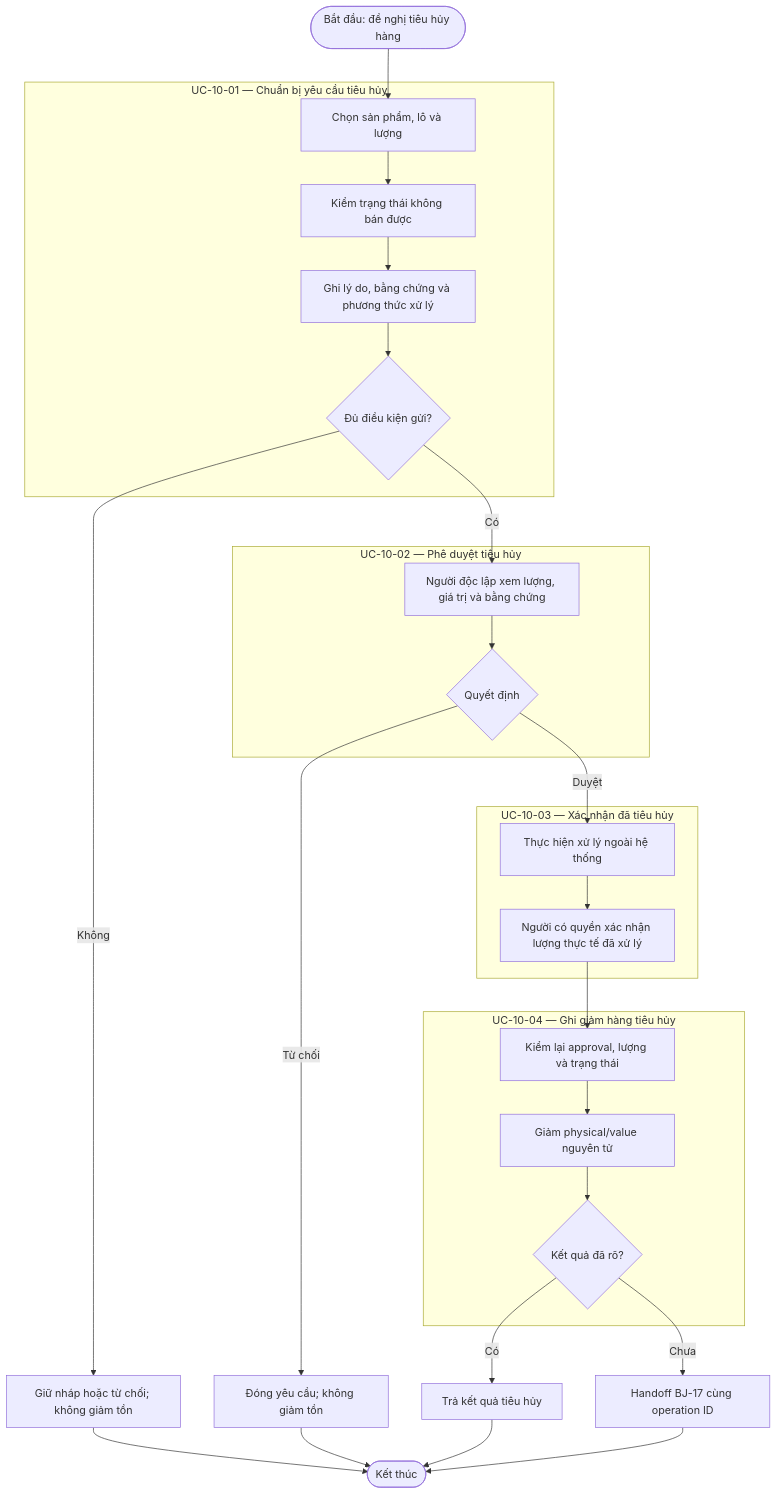
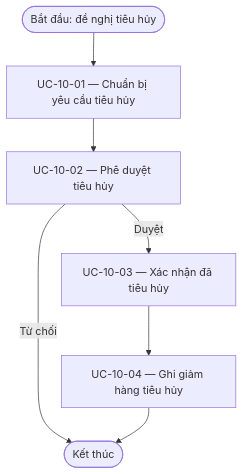
Before and after one commit to DsChien102/erp-sales-inventory: the diagram in specs/themes/theme-07/02.specification/behavior/journeys/BJ-10-tieu-huy-hang.md, drawn with Mermaid. The commit also changed other lines of this file and 4136 other files, not shown here.

````diff
--- a/specs/themes/theme-07/02.specification/behavior/journeys/BJ-10-tieu-huy-hang.md
+++ b/specs/themes/theme-07/02.specification/behavior/journeys/BJ-10-tieu-huy-hang.md
@@ -49,37 +32,9 @@
 ```mermaid
 flowchart TD
-    S([Bắt đầu: đề nghị tiêu hủy hàng]) --> U1A
-
-    subgraph U1["UC-10-01 — Chuẩn bị yêu cầu tiêu hủy"]
-        U1A[Chọn sản phẩm, lô và lượng] --> U1B[Kiểm trạng thái không bán được]
-        U1B --> U1C[Ghi lý do, bằng chứng và phương thức xử lý]
-        U1C --> U1D{Đủ điều kiện gửi?}
-    end
-
-    U1D -->|Không| R0[Giữ nháp hoặc từ chối; không giảm tồn]
-    U1D -->|Có| U2A
-
-    subgraph U2["UC-10-02 — Phê duyệt tiêu hủy"]
-        U2A[Người độc lập xem lượng, giá trị và bằng chứng] --> U2B{Quyết định}
-    end
-
-    U2B -->|Từ chối| R1[Đóng yêu cầu; không giảm tồn]
-    U2B -->|Duyệt| U3A
-
-    subgraph U3["UC-10-03 — Xác nhận đã tiêu hủy"]
-        U3A[Thực hiện xử lý ngoài hệ thống] --> U3B[Người có quyền xác nhận lượng thực tế đã xử lý]
-    end
-
-    U3B --> SUA
-    subgraph SU["UC-10-04 — Ghi giảm hàng tiêu hủy"]
-        SUA[Kiểm lại approval, lượng và trạng thái] --> SUB[Giảm physical/value nguyên tử]
-        SUB --> SUC{Kết quả đã rõ?}
-    end
-
-    SUC -->|Có| R2[Trả kết quả tiêu hủy]
-    SUC -->|Chưa| R3[Handoff BJ-17 cùng operation ID]
-    R0 --> E([Kết thúc])
-    R1 --> E
-    R2 --> E
-    R3 --> E
+    Begin([Bắt đầu: đề nghị tiêu hủy]) --> U1["UC-10-01 — Chuẩn bị yêu cầu tiêu hủy"]
+    U1 --> U2["UC-10-02 — Phê duyệt tiêu hủy"]
+    U2 -->|Duyệt| U3["UC-10-03 — Xác nhận đã tiêu hủy"]
+    U2 -->|Từ chối| End([Kết thúc])
+    U3 --> U4["UC-10-04 — Ghi giảm hàng tiêu hủy"]
+    U4 --> End
 ```
````
